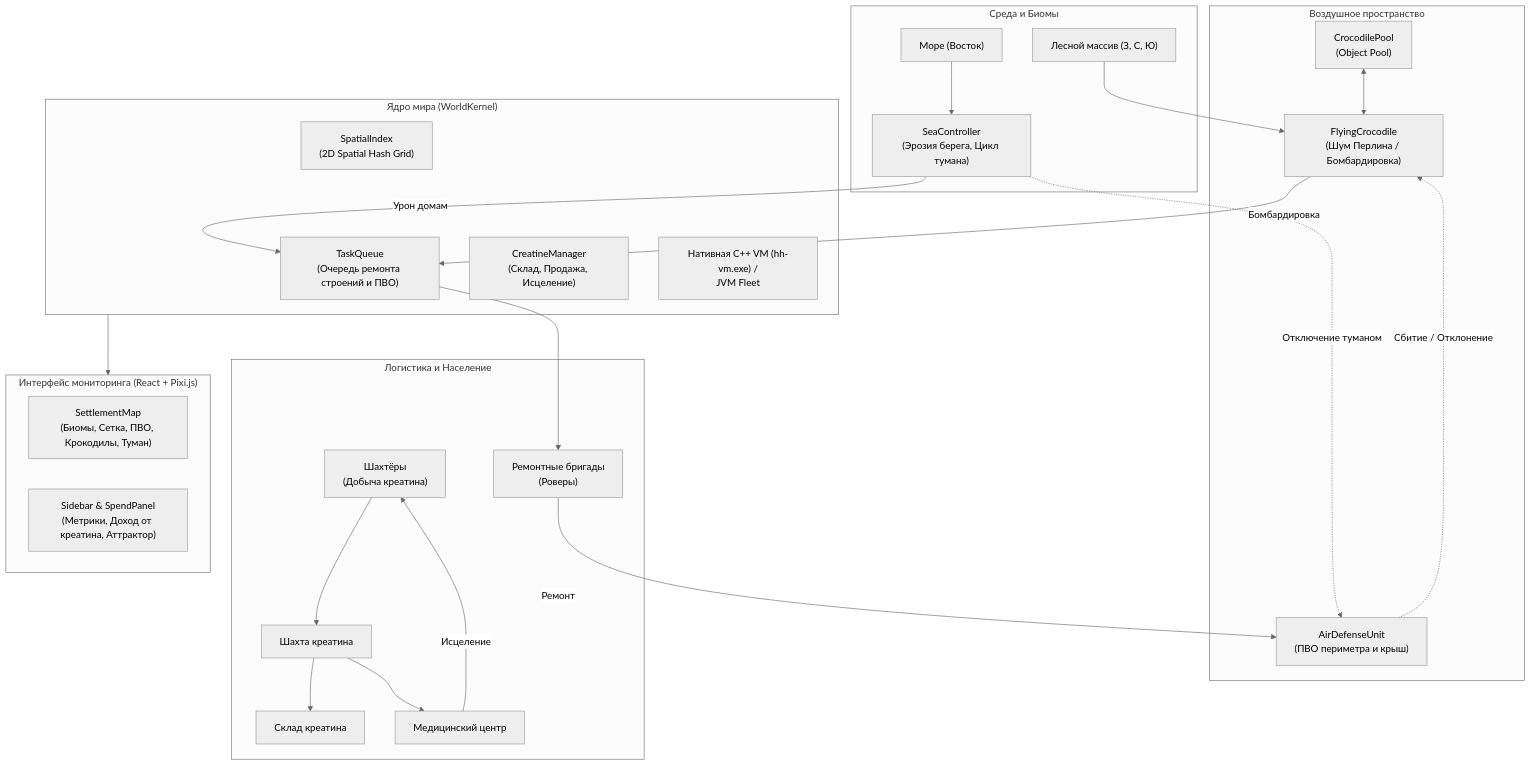
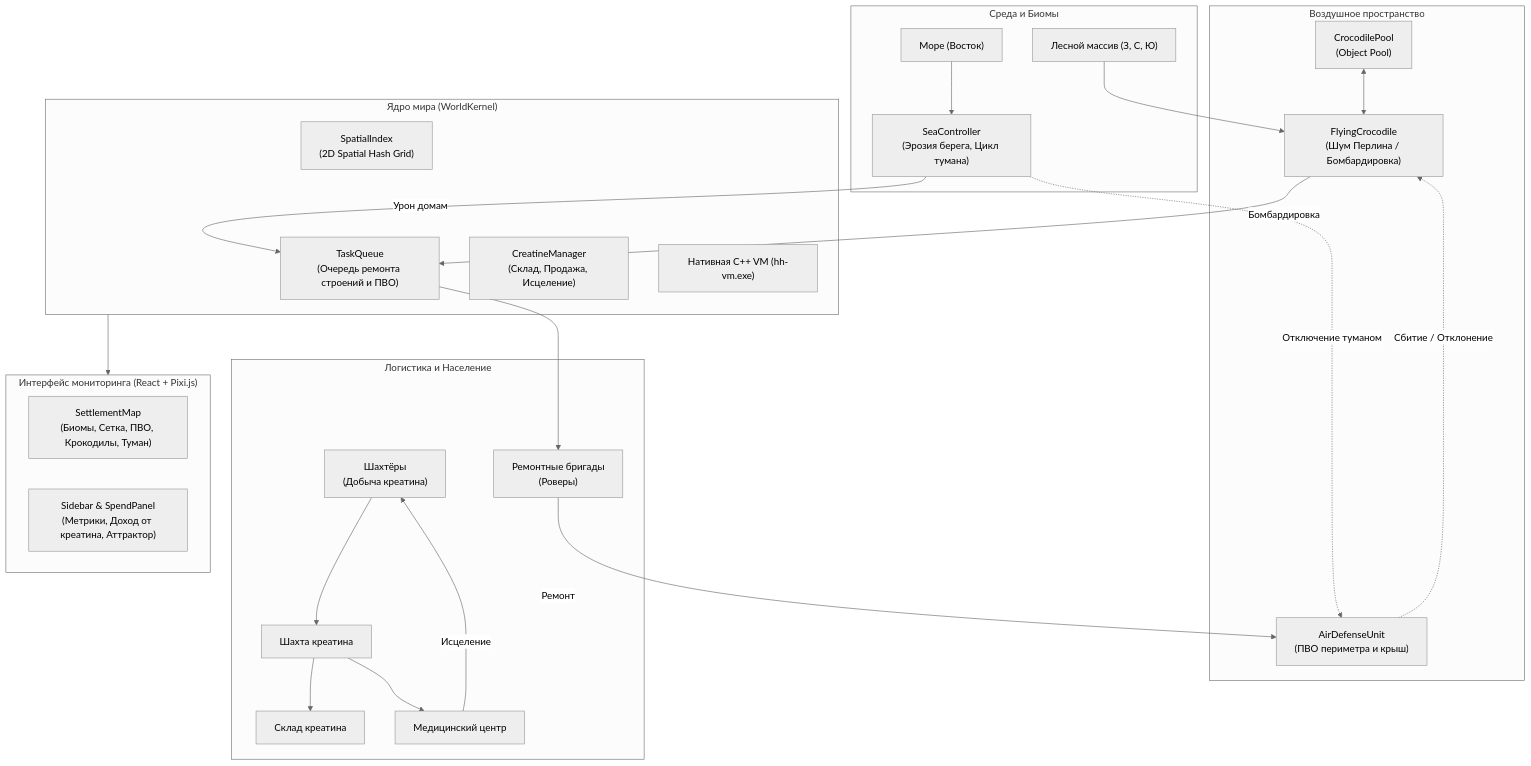
One commit to FeToR1/hadleys-hope-simulator changed the third of 3 diagrams in docs/architecture.md. Above: the diagram before and after it, drawn with Mermaid (neutral theme). The commit also changed other lines of this file and 109 other files, not shown here.

````diff
--- a/docs/architecture.md
+++ b/docs/architecture.md
@@ -90,47 +91,47 @@
 ```mermaid
 flowchart TD
     subgraph Environment ["Среда и Биомы"]
         Forest["Лесной массив (З, С, Ю)"]
         Sea["Море (Восток)"]
         SeaCtrl["SeaController\n(Эрозия берега, Цикл тумана)"]
         Sea --> SeaCtrl
     end
 
     subgraph DefenseAndThreatsSub ["Воздушное пространство"]
         CrocPool["CrocodilePool\n(Object Pool)"]
         Crocs["FlyingCrocodile\n(Шум Перлина / Бомбардировка)"]
         ADS["AirDefenseUnit\n(ПВО периметра и крыш)"]
         Forest --> Crocs
         CrocPool <--> Crocs
         ADS -.->|"Сбитие / Отклонение"| Crocs
         SeaCtrl -.->|"Отключение туманом"| ADS
     end
 
     subgraph SimulationCore ["Ядро мира (WorldKernel)"]
         Spatial["SpatialIndex\n(2D Spatial Hash Grid)"]
         Tasks["TaskQueue\n(Очередь ремонта строений и ПВО)"]
         Creatine["CreatineManager\n(Склад, Продажа, Исцеление)"]
-        CVM["Нативная C++ VM (hh-vm.exe) /\nJVM Fleet"]
+        CVM["Нативная C++ VM (hh-vm.exe)"]
     end
 
     subgraph Logistics ["Логистика и Население"]
         Miners["Шахтёры\n(Добыча креатина)"]
         Mine["Шахта креатина"]
         Depot["Склад креатина"]
         MedCenter["Медицинский центр"]
         Crews["Ремонтные бригады\n(Роверы)"]
         Miners --> Mine --> Depot & MedCenter
         MedCenter -->|"Исцеление"| Miners
         Tasks --> Crews -->|"Ремонт"| ADS
     end
 
     subgraph UI ["Интерфейс мониторинга (React + Pixi.js)"]
         Map["SettlementMap\n(Биомы, Сетка, ПВО, Крокодилы, Туман)"]
         Sidebar["Sidebar & SpendPanel\n(Метрики, Доход от креатина, Аттрактор)"]
     end
 
     Spatial --- SimulationCore
     SeaCtrl -->|"Урон домам"| Tasks
     Crocs -->|"Бомбардировка"| Tasks
     SimulationCore --> UI
 ```
````
